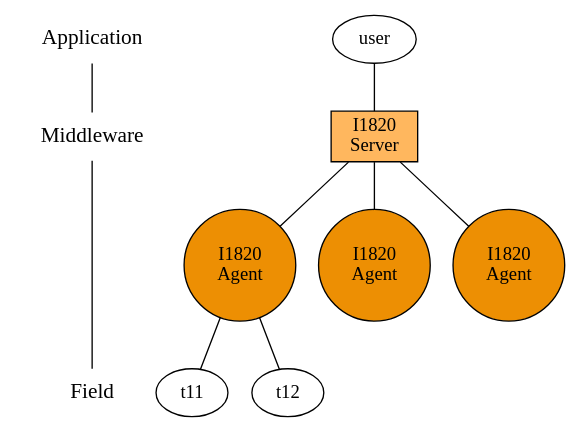
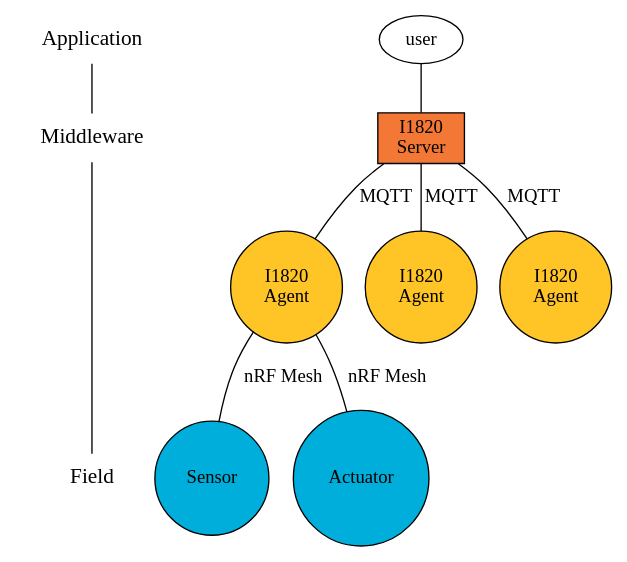
The diagram in documentation/architecture/architecture.dot (AoLab/AoLab.github.io), drawn with Graphviz before and after one commit.

Commit message:
Architecture was improved.

```diff
--- a/documentation/architecture/architecture.dot
+++ b/documentation/architecture/architecture.dot
@@ -1,39 +1,41 @@
 graph architecture {
 	{
 		node [shape=plaintext, fontsize=16];
 		/* the time-line graph */
 		"Application" -- "Middleware" -- "Field";
 	}
 
 	{
 		rank=same;
 		"Middleware"; i1820;
 	}
 
 	{
 		rank=same;
 		agent1; agent2; agent3;
 	}
 
 	{
 		rank=same
 		"Application"; user;
 	}
 
 	{
 		rank=same;
 		"Field"; t11; t12;
 	}
 
 	user -- i1820;
-	i1820 -- agent1;
-	i1820 -- agent2;
-	i1820 -- agent3;
-	agent1 -- t11;
-	agent1 -- t12;
+	i1820 -- agent1 [label="MQTT"];
+	i1820 -- agent2 [label="MQTT"];
+	i1820 -- agent3 [label="MQTT"];
+	agent1 -- t11 [label="nRF Mesh"];
+	agent1 -- t12 [label="nRF Mesh"];
 
-	i1820 [shape=box, label="I1820\nServer", fillcolor="#FFB75E", style=filled];
-	agent1 [shape=circle, label="I1820\nAgent", fillcolor="#ED8F03", style=filled];
-	agent2 [shape=circle, label="I1820\nAgent", fillcolor="#ED8F03", style=filled];
-	agent3 [shape=circle, label="I1820\nAgent", fillcolor="#ED8F03", style=filled];
+	i1820 [shape=box, label="I1820\nServer", fillcolor="#f37735", style=filled];
+	agent1 [shape=circle, label="I1820\nAgent", fillcolor="#ffc425", style=filled];
+	agent2 [shape=circle, label="I1820\nAgent", fillcolor="#ffc425", style=filled];
+	agent3 [shape=circle, label="I1820\nAgent", fillcolor="#ffc425", style=filled];
+	t11 [shape=circle, label="Sensor", fillcolor="#00aedb", style=filled];
+	t12 [shape=circle, label="Actuator", fillcolor="#00aedb", style=filled];
 }
```
